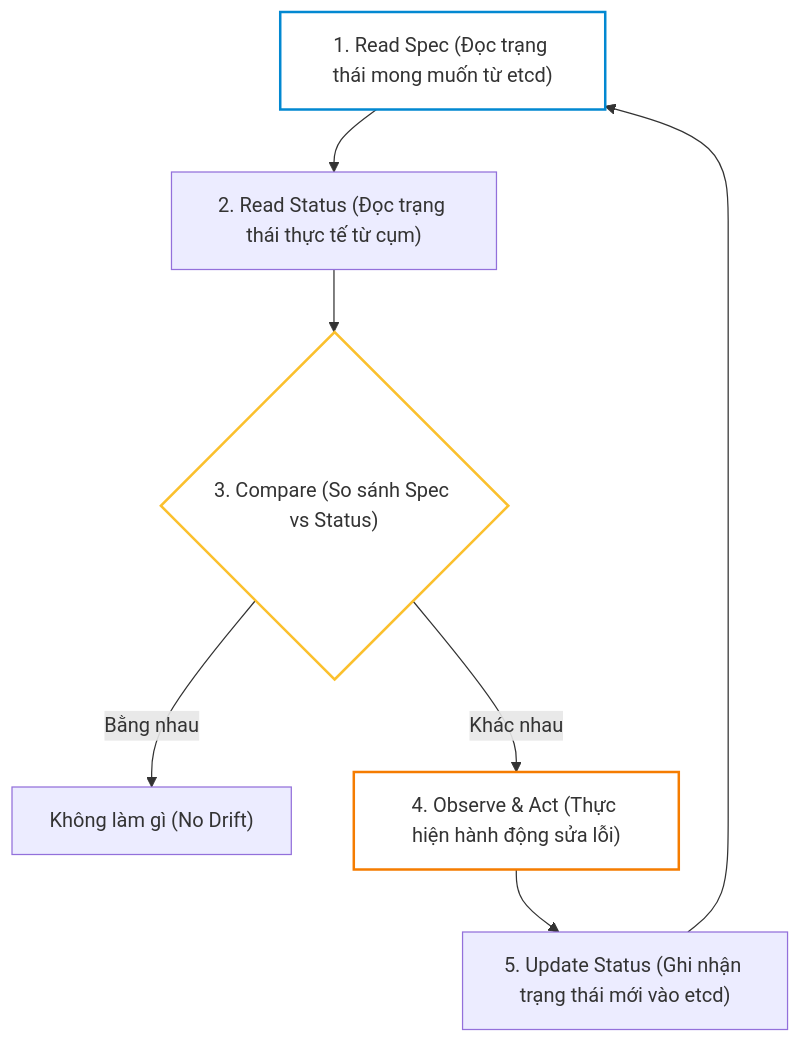
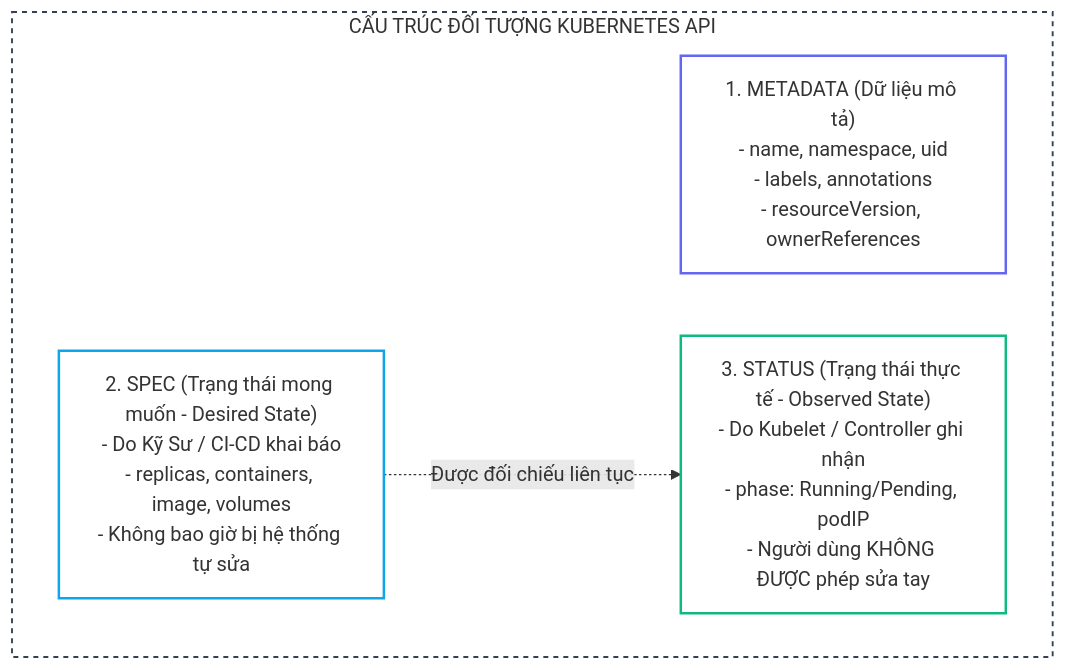
Before and after one commit to kiennt308/ntk: the first of 6 diagrams in _posts/2026-09-12-cka-03-03-doi-tuong-api-va-vong-doi-dieu-hoa.md, drawn with Mermaid. The commit also changed other lines of this file and 161 other files, not shown here.

````diff
--- a/_posts/2026-09-12-cka-03-03-doi-tuong-api-va-vong-doi-dieu-hoa.md
+++ b/_posts/2026-09-12-cka-03-03-doi-tuong-api-va-vong-doi-dieu-hoa.md
@@ -200,13 +54,15 @@
 ```mermaid
 graph TD
-    A["1. Read Spec (Đọc trạng thái mong muốn từ etcd)"] --> B["2. Read Status (Đọc trạng thái thực tế từ cụm)"]
-    B --> C{"3. Compare (So sánh Spec vs Status)"}
-    C -->|"Bằng nhau"| D["Không làm gì (No Drift)"]
-    C -->|"Khác nhau"| E["4. Observe & Act (Thực hiện hành động sửa lỗi)"]
-    E --> F["5. Update Status (Ghi nhận trạng thái mới vào etcd)"]
-    F --> A
+    subgraph API_OBJECT["CẤU TRÚC ĐỐI TƯỢNG KUBERNETES API"]
+        METADATA["1. METADATA (Dữ liệu mô tả)<br/>- name, namespace, uid<br/>- labels, annotations<br/>- resourceVersion, ownerReferences"]
+        SPEC["2. SPEC (Trạng thái mong muốn - Desired State)<br/>- Do Kỹ Sư / CI-CD khai báo<br/>- replicas, containers, image, volumes<br/>- Không bao giờ bị hệ thống tự sửa"]
+        STATUS["3. STATUS (Trạng thái thực tế - Observed State)<br/>- Do Kubelet / Controller ghi nhận<br/>- phase: Running/Pending, podIP<br/>- Người dùng KHÔNG ĐƯỢC phép sửa tay"]
+    end
 
-    style A fill:none,stroke:#0288d1,stroke-width:2px
-    style C fill:none,stroke:#fbc02d,stroke-width:2px
-    style E fill:none,stroke:#f57c00,stroke-width:2px
+    SPEC -.->|"Được đối chiếu liên tục"| STATUS
+
+    style API_OBJECT fill:none,stroke:#334155,stroke-width:1.5px,stroke-dasharray:4 4
+    style METADATA fill:none,stroke:#6366f1,stroke-width:2px
+    style SPEC fill:none,stroke:#0ea5e9,stroke-width:2px
+    style STATUS fill:none,stroke:#10b981,stroke-width:2px
 ```
````
